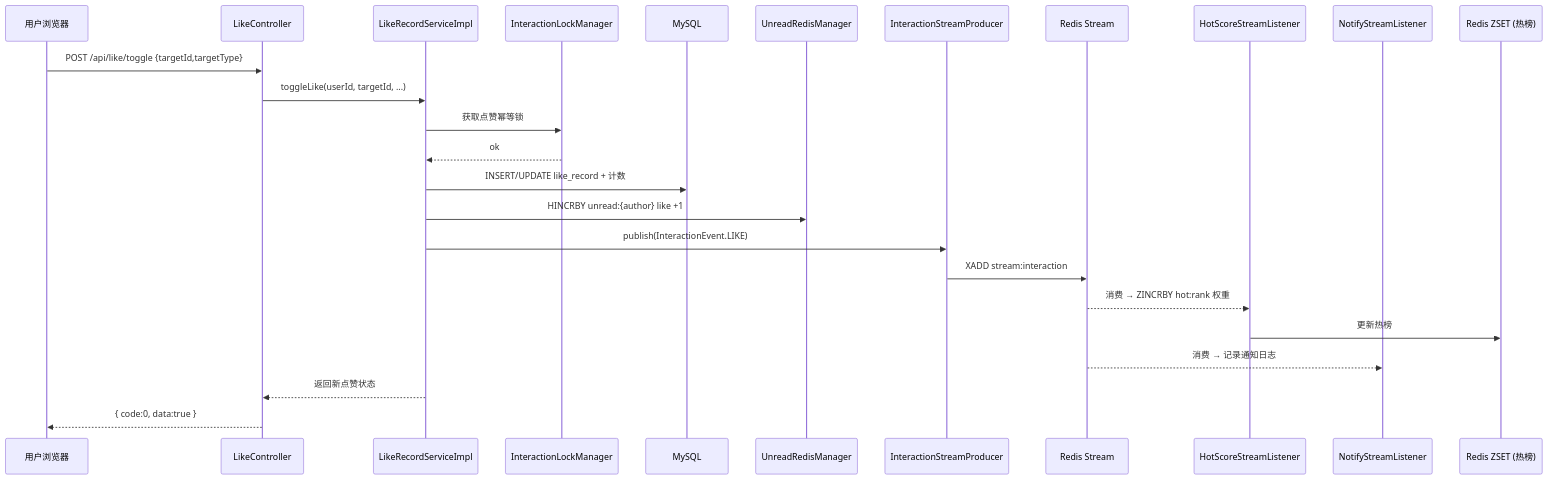
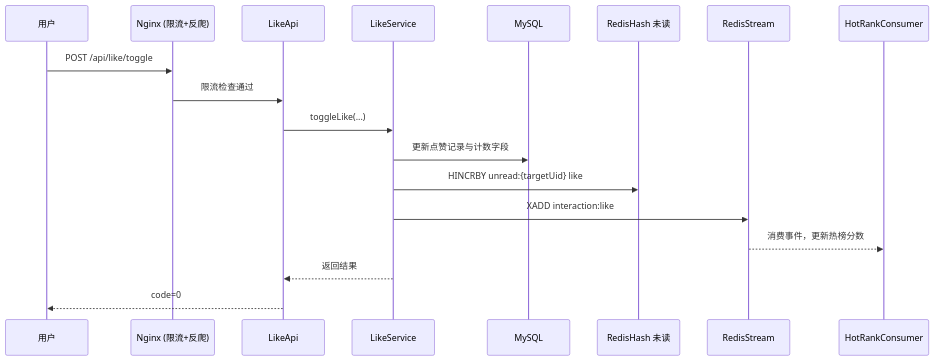
One commit to Eddie1-code/picture-backend changed the second of 2 diagrams in README.md. Above: the diagram before and after it, drawn with Mermaid. The commit also changed other lines of this file, not shown here.

Commit message:
docs: 更新项目 README，补充技术栈、架构图、AI功能与部署说明

````diff
--- a/README.md
+++ b/README.md
@@ -193,28 +254,21 @@
 ```mermaid
 sequenceDiagram
-    participant U as 用户浏览器
-    participant C as LikeController
-    participant S as LikeRecordServiceImpl
-    participant L as InteractionLockManager
-    participant DB as MySQL
-    participant URM as UnreadRedisManager
-    participant ISP as InteractionStreamProducer
-    participant RS as Redis Stream
-    participant H as HotScoreStreamListener
-    participant N as NotifyStreamListener
-    participant Z as Redis ZSET (热榜)
+    participant User as 用户
+    participant Nginx as Nginx (限流+反爬)
+    participant Api as LikeApi
+    participant Service as LikeService
+    participant Db as MySQL
+    participant Unread as RedisHash 未读
+    participant EventBus as RedisStream
+    participant Rank as HotRankConsumer
 
-    U->>C: POST /api/like/toggle {targetId,targetType}
-    C->>S: toggleLike(userId, targetId, ...)
-    S->>L: 获取点赞幂等锁
-    L-->>S: ok
-    S->>DB: INSERT/UPDATE like_record + 计数
-    S->>URM: HINCRBY unread:{author} like +1
-    S->>ISP: publish(InteractionEvent.LIKE)
-    ISP->>RS: XADD stream:interaction
-    RS-->>H: 消费 → ZINCRBY hot:rank 权重
-    H->>Z: 更新热榜
-    RS-->>N: 消费 → 记录通知日志
-    S-->>C: 返回新点赞状态
-    C-->>U: { code:0, data:true }
+    User->>Nginx: POST /api/like/toggle
+    Nginx->>Api: 限流检查通过
+    Api->>Service: toggleLike(...)
+    Service->>Db: 更新点赞记录与计数字段
+    Service->>Unread: HINCRBY unread:{targetUid} like
+    Service->>EventBus: XADD interaction:like
+    EventBus-->>Rank: 消费事件，更新热榜分数
+    Service-->>Api: 返回结果
+    Api-->>User: code=0
 ```
````
